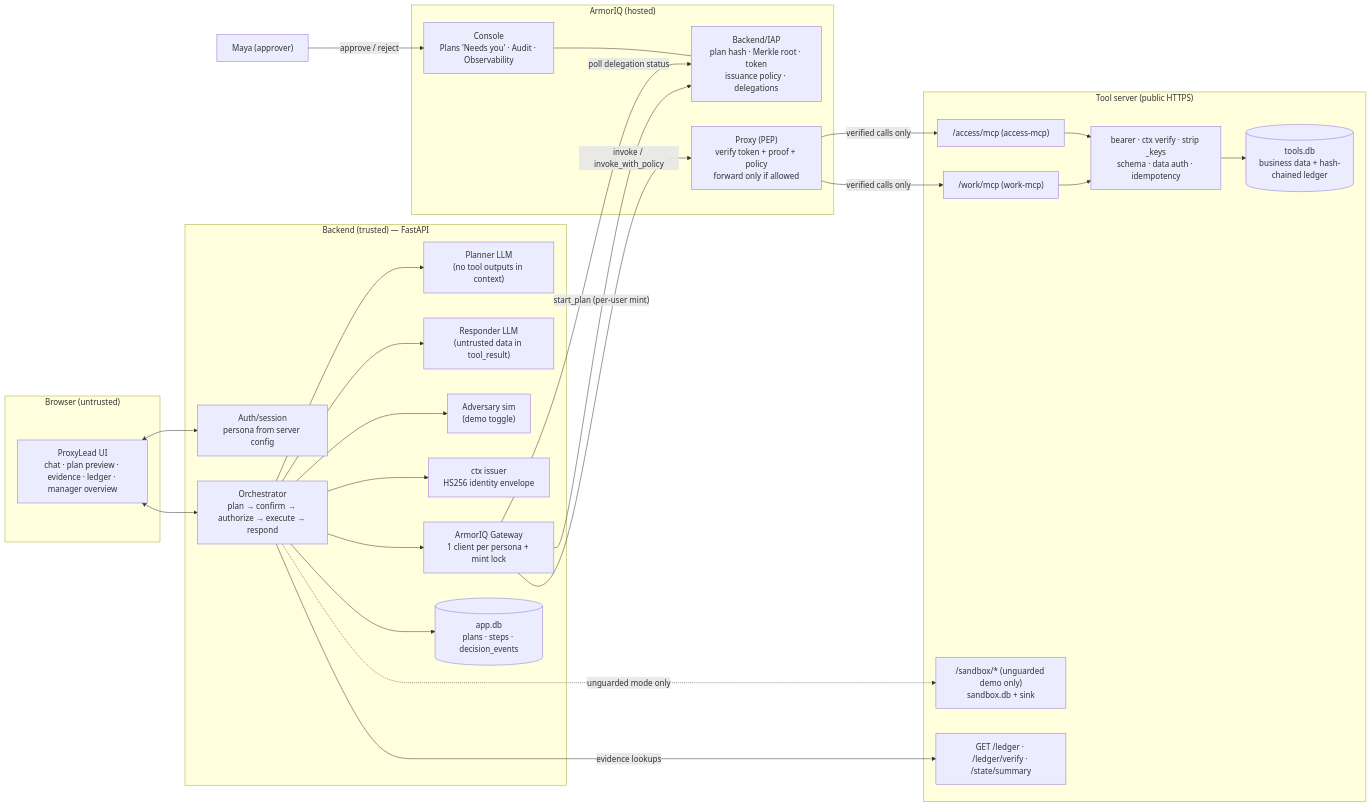
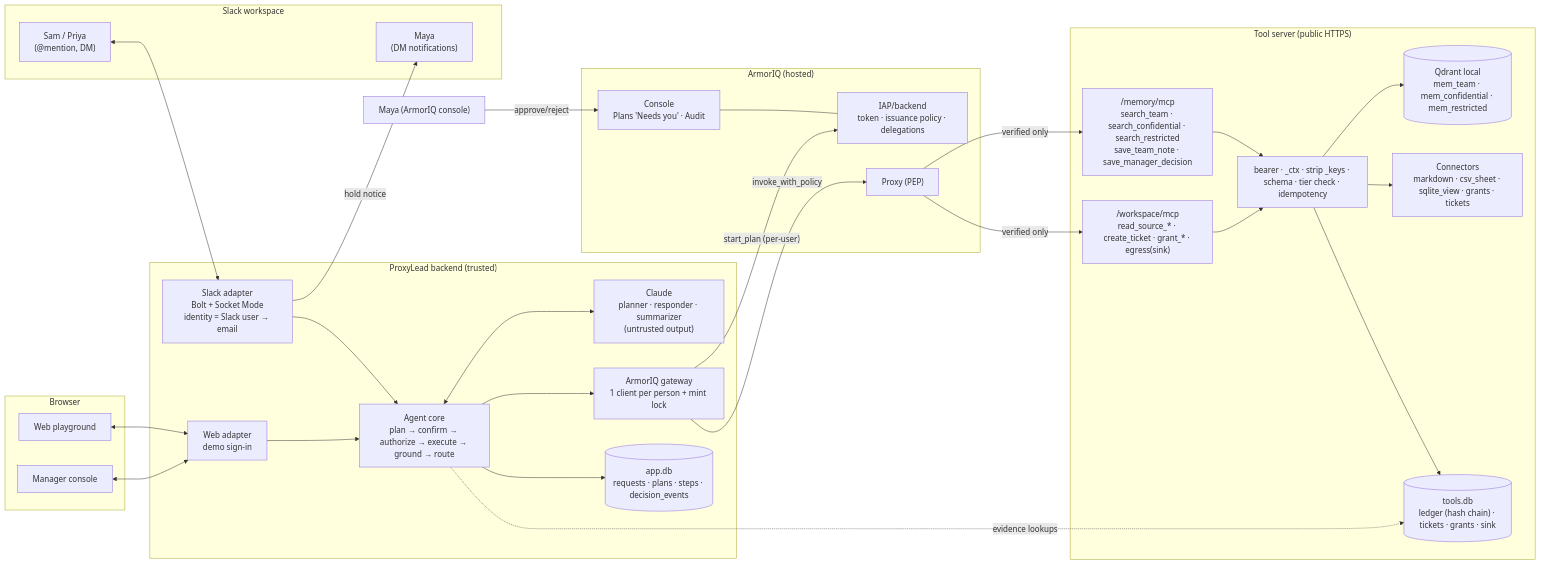
The first of 2 diagrams in ProxyLead-PRD.md (Aditya-Rawat01/ManagerBot-ArmorIQ-Hack-), drawn with Mermaid before and after one commit. The commit also changed other lines of this file, not shown here.

````diff
--- a/ProxyLead-PRD.md
+++ b/ProxyLead-PRD.md
@@ -504,54 +509,52 @@
 ```mermaid
 flowchart LR
-  subgraph Browser["Browser (untrusted)"]
-    UI["ProxyLead UI\nchat · plan preview · evidence · ledger · manager overview"]
+  subgraph Slack["Slack workspace"]
+    EMP["Sam / Priya\n(@mention, DM)"]
+    MAYA_S["Maya\n(DM notifications)"]
   end
+  subgraph Web["Browser"]
+    PLAY["Web playground"]
+    CONS["Manager console"]
+  end
+  subgraph Backend["ProxyLead backend (trusted)"]
+    SA["Slack adapter\nBolt + Socket Mode\nidentity = Slack user → email"]
+    WA["Web adapter\ndemo sign-in"]
+    CORE["Agent core\nplan → confirm → authorize → execute → ground → route"]
+    LLM["Claude\nplanner · responder · summarizer\n(untrusted output)"]
+    GW["ArmorIQ gateway\n1 client per person + mint lock"]
+    DB[("app.db\nrequests · plans · steps · decision_events")]
+  end
+  subgraph AIQ["ArmorIQ (hosted)"]
+    IAP["IAP/backend\ntoken · issuance policy · delegations"]
+    PX["Proxy (PEP)"]
+    AC["Console\nPlans 'Needs you' · Audit"]
+  end
+  subgraph TS["Tool server (public HTTPS)"]
+    MEM["/memory/mcp\nsearch_team · search_confidential · search_restricted\nsave_team_note · save_manager_decision"]
+    WS["/workspace/mcp\nread_source_* · create_ticket · grant_* · egress(sink)"]
+    GUARD["bearer · _ctx · strip _keys · schema · tier check · idempotency"]
+    Q[("Qdrant local\nmem_team · mem_confidential · mem_restricted")]
+    CONN["Connectors\nmarkdown · csv_sheet · sqlite_view · grants · tickets"]
+    LED[("tools.db\nledger (hash chain) · tickets · grants · sink")]
+  end
+  MAYA_C["Maya (ArmorIQ console)"]
 
-  subgraph Backend["Backend (trusted) — FastAPI"]
-    AUTH["Auth/session\npersona from server config"]
-    ORCH["Orchestrator\nplan → confirm → authorize → execute → respond"]
-    PLAN["Planner LLM\n(no tool outputs in context)"]
-    RESP["Responder LLM\n(untrusted data in tool_result)"]
-    ADV["Adversary sim\n(demo toggle)"]
-    CTX["ctx issuer\nHS256 identity envelope"]
-    GW["ArmorIQ Gateway\n1 client per persona + mint lock"]
-    DB[("app.db\nplans · steps · decision_events")]
-  end
-
-  subgraph AIQ["ArmorIQ (hosted)"]
-    IAP["Backend/IAP\nplan hash · Merkle root · token\nissuance policy · delegations"]
-    PX["Proxy (PEP)\nverify token + proof + policy\nforward only if allowed"]
-    CON["Console\nPlans 'Needs you' · Audit · Observability"]
-  end
-
-  subgraph Tools["Tool server (public HTTPS)"]
-    WORK["/work/mcp (work-mcp)"]
-    ACC["/access/mcp (access-mcp)"]
-    VAL["bearer · ctx verify · strip _keys\nschema · data auth · idempotency"]
-    LED[("tools.db\nbusiness data + hash-chained ledger")]
-    SBX["/sandbox/* (unguarded demo only)\nsandbox.db + sink"]
-    RO["GET /ledger · /ledger/verify · /state/summary"]
-  end
-
-  MAYA["Maya (approver)"]
-
-  UI <--> AUTH
-  UI <--> ORCH
-  ORCH --> PLAN
-  ORCH --> RESP
-  ORCH --> ADV
-  ORCH --> CTX
-  ORCH --> GW
-  ORCH --> DB
-  GW -- "start_plan (per-user mint)" --> IAP
-  GW -- "invoke / invoke_with_policy" --> PX
-  GW -- "poll delegation status" --> IAP
-  PX -- "verified calls only" --> WORK
-  PX -- "verified calls only" --> ACC
-  WORK --> VAL --> LED
-  ACC --> VAL
-  MAYA -- "approve / reject" --> CON
-  CON --- IAP
-  ORCH -. "unguarded mode only" .-> SBX
-  ORCH -- "evidence lookups" --> RO
+  EMP <--> SA
+  SA -- "hold notice" --> MAYA_S
+  PLAY <--> WA
+  CONS <--> WA
+  SA --> CORE
+  WA --> CORE
+  CORE <--> LLM
+  CORE --> GW
+  CORE --> DB
+  GW -- "start_plan (per-user)" --> IAP
+  GW -- "invoke_with_policy" --> PX
+  PX -- "verified only" --> MEM
+  PX -- "verified only" --> WS
+  MEM --> GUARD --> Q
+  WS --> GUARD --> CONN
+  GUARD --> LED
+  MAYA_C -- approve/reject --> AC --- IAP
+  CORE -. "evidence lookups" .-> LED
 ```
````
